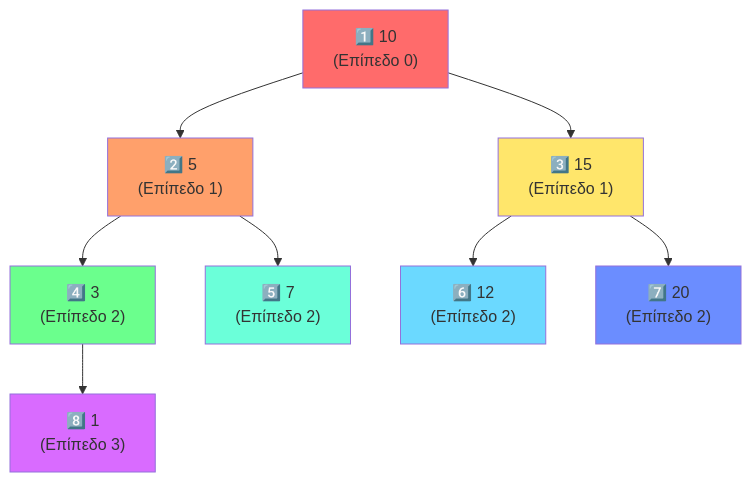
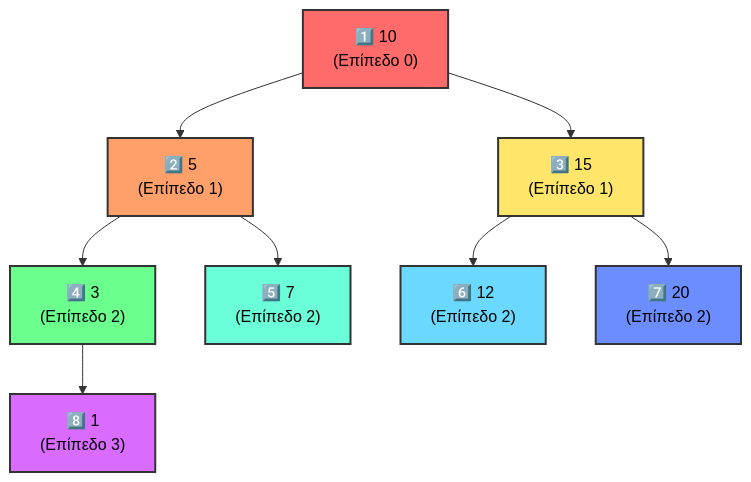
The fifth of 43 diagrams in Year_2/Semester_3/DSA_DATA_STRUCTURES_ALGORITHMS/Lectures/Binary_Trees.md (PanagopoulosNikolaos/DitOpenNotes), drawn with Mermaid before and after one commit. The commit also changed other lines of this file and 4 other files, not shown here.

````diff
--- a/Year_2/Semester_3/DSA_DATA_STRUCTURES_ALGORITHMS/Lectures/Binary_Trees.md
+++ b/Year_2/Semester_3/DSA_DATA_STRUCTURES_ALGORITHMS/Lectures/Binary_Trees.md
@@ -166,19 +166,19 @@
 ```mermaid
 graph TD
     A["1️⃣ 10<br/>(Επίπεδο 0)"] --> B["2️⃣ 5<br/>(Επίπεδο 1)"]
     A --> C["3️⃣ 15<br/>(Επίπεδο 1)"]
     B --> D["4️⃣ 3<br/>(Επίπεδο 2)"]
     B --> E["5️⃣ 7<br/>(Επίπεδο 2)"]
     C --> F["6️⃣ 12<br/>(Επίπεδο 2)"]
     C --> G["7️⃣ 20<br/>(Επίπεδο 2)"]
     D --> H["8️⃣ 1<br/>(Επίπεδο 3)"]
     
-    style A fill:#ff6b6b
-    style B fill:#ffa06b
-    style C fill:#ffe66b
-    style D fill:#6bff8d
-    style E fill:#6bffd9
-    style F fill:#6bd9ff
-    style G fill:#6b8dff
-    style H fill:#d96bff
+    style A fill:#ff6b6b,stroke:#333,stroke-width:2px,color:black
+    style B fill:#ffa06b,stroke:#333,stroke-width:2px,color:black
+    style C fill:#ffe66b,stroke:#333,stroke-width:2px,color:black
+    style D fill:#6bff8d,stroke:#333,stroke-width:2px,color:black
+    style E fill:#6bffd9,stroke:#333,stroke-width:2px,color:black
+    style F fill:#6bd9ff,stroke:#333,stroke-width:2px,color:black
+    style G fill:#6b8dff,stroke:#333,stroke-width:2px,color:black
+    style H fill:#d96bff,stroke:#333,stroke-width:2px,color:black
 ```
````
